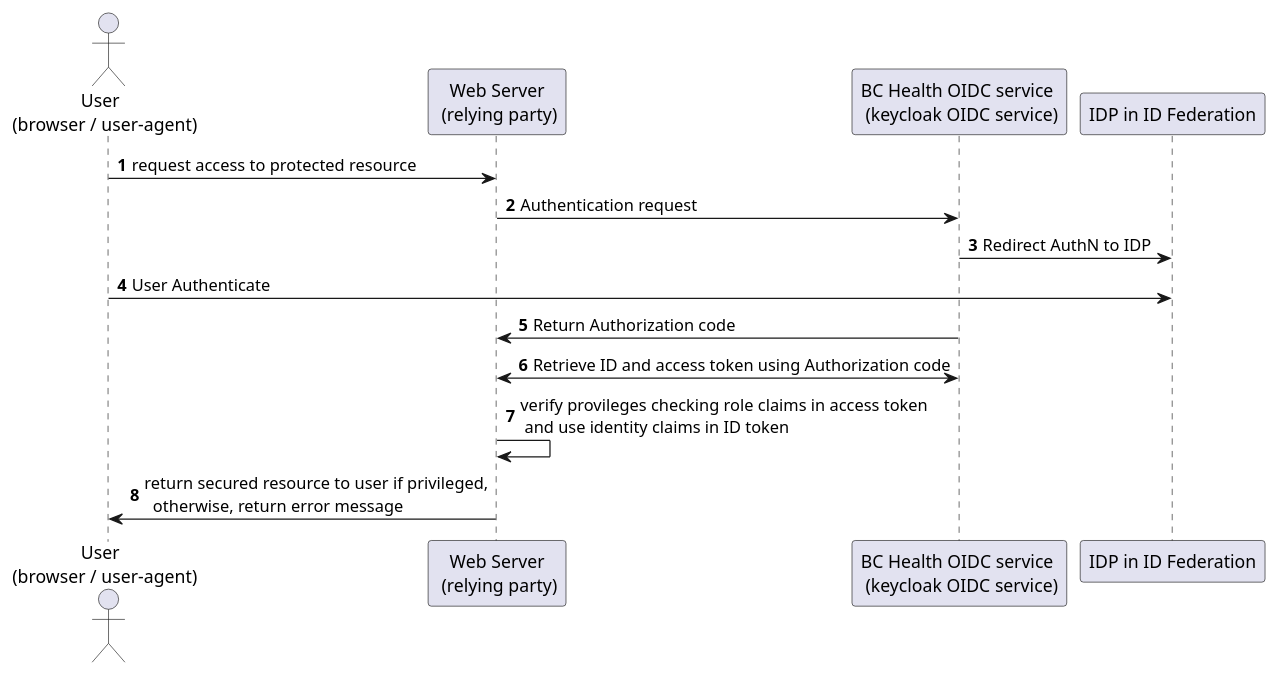
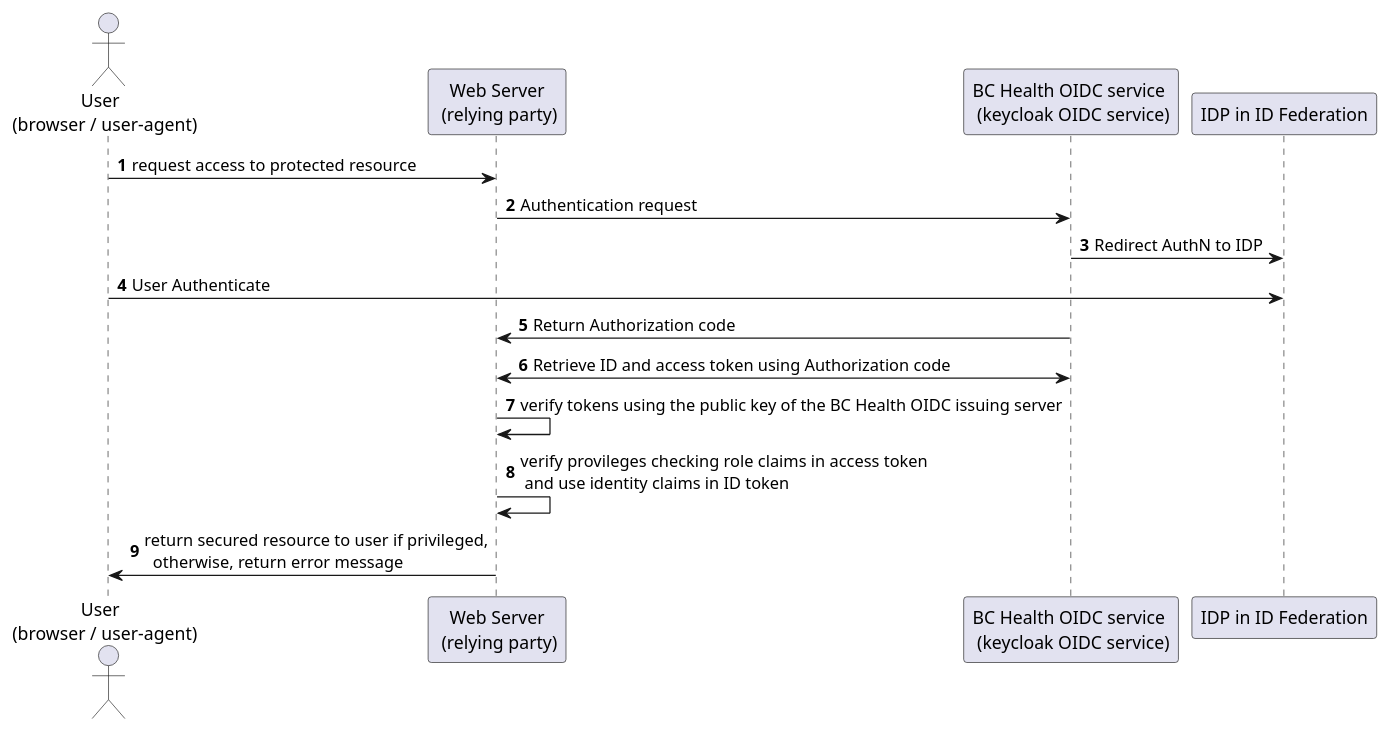
Before and after one commit to bcgov/bcmoh-iam-integration-guide: the diagram in docs/diagrams/src/OIDC_grant_flow.puml, drawn with PlantUML. The commit also changed 1 other file, not shown here.

Commit message:
updated OIDC grant flow diagram

```diff
--- a/docs/diagrams/src/OIDC_grant_flow.puml
+++ b/docs/diagrams/src/OIDC_grant_flow.puml
@@ -1,22 +1,24 @@
-@startuml OIDC Web App flow
+@startuml OIDC_grant_flow
 
 autonumber
 
     actor "User  \n(browser / user-agent)"
 
     "User  \n(browser / user-agent)"  ->  "Web Server\n (relying party)" : request access to protected resource
 
     "Web Server\n (relying party)" -> "BC Health OIDC service \n (keycloak OIDC service)" : Authentication request
 
     "BC Health OIDC service \n (keycloak OIDC service)" -> "IDP in ID Federation" : Redirect AuthN to IDP
 
    "User  \n(browser / user-agent)" -> "IDP in ID Federation" : User Authenticate
 
     "BC Health OIDC service \n (keycloak OIDC service)" -> "Web Server\n (relying party)" : Return Authorization code
 
     "Web Server\n (relying party)" <-> "BC Health OIDC service \n (keycloak OIDC service)"  : Retrieve ID and access token using Authorization code
 
+    "Web Server\n (relying party)" -> "Web Server\n (relying party)" : verify tokens using the public key of the BC Health OIDC issuing server
+
     "Web Server\n (relying party)" -> "Web Server\n (relying party)" : verify provileges checking role claims in access token \n and use identity claims in ID token
     
     "Web Server\n (relying party)" -> "User  \n(browser / user-agent)"  : return secured resource to user if privileged,\n  otherwise, return error message 
 @enduml
```
